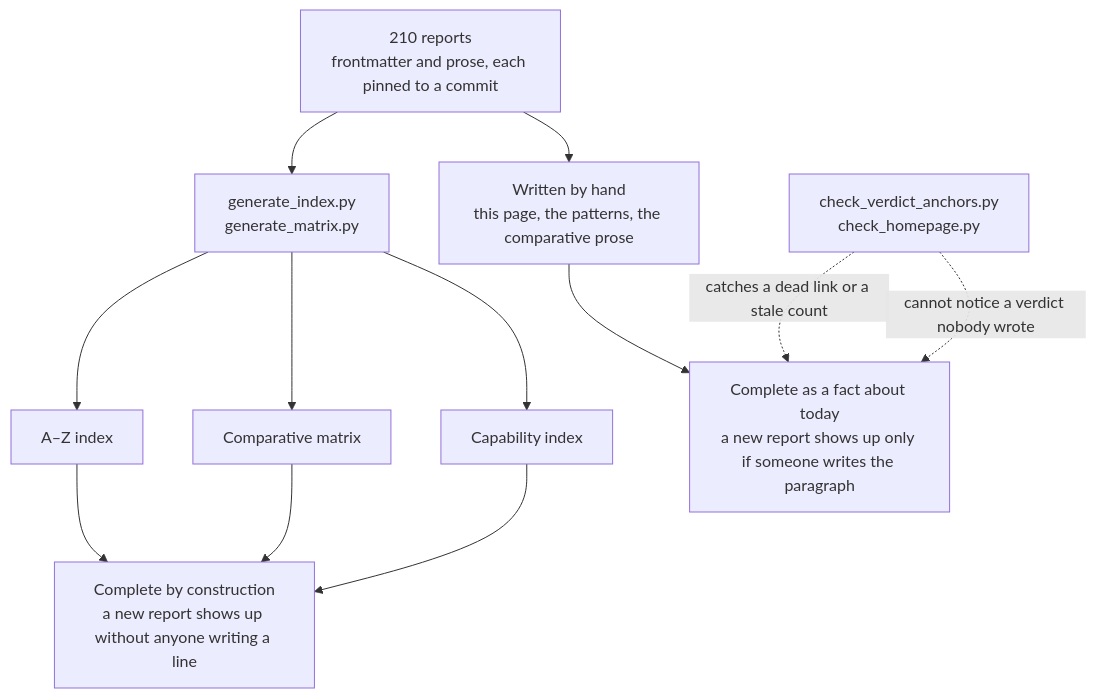
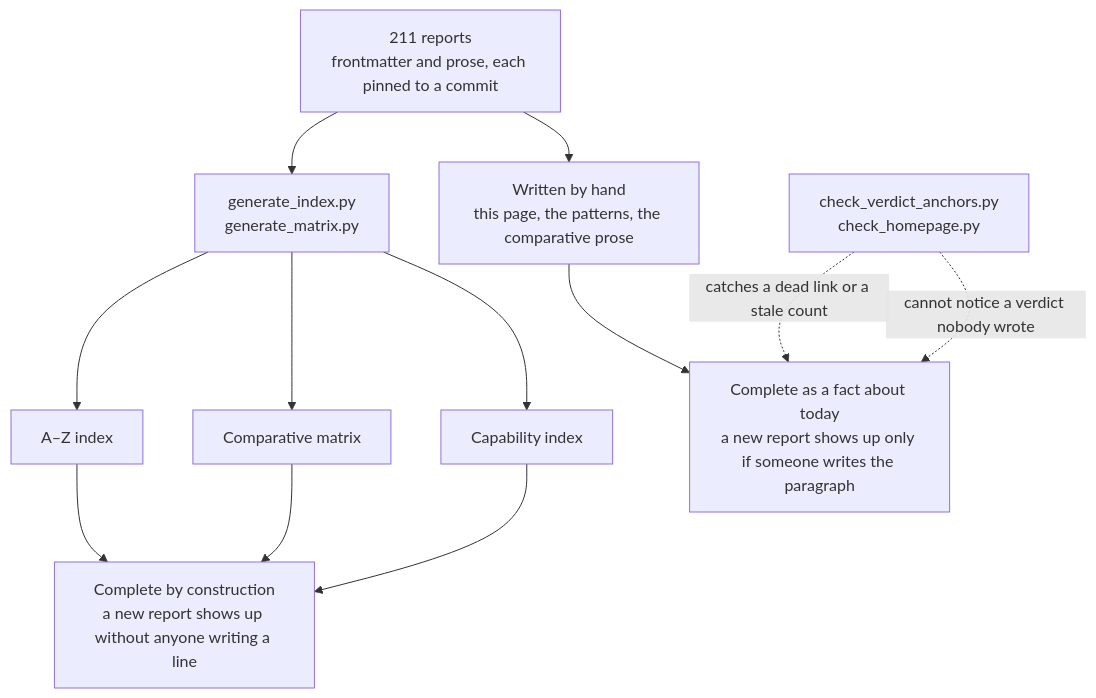
Before and after one commit to neoneye/agent-memory-atlas: the diagram in content/verdicts.md, drawn with Mermaid. The commit also changed other lines of this file and 229 other files, not shown here.

````diff
--- a/content/verdicts.md
+++ b/content/verdicts.md
@@ -40,15 +40,15 @@
 ```mermaid
 flowchart TD
-    R["210 reports<br/>frontmatter and prose, each pinned to a commit"]
+    R["211 reports<br/>frontmatter and prose, each pinned to a commit"]
     R --> GEN["generate_index.py<br/>generate_matrix.py"]
     R --> HAND["Written by hand<br/>this page, the patterns, the comparative prose"]
     GEN --> AZ["A–Z index"]
     GEN --> MX["Comparative matrix"]
     GEN --> CI["Capability index"]
     AZ --> CONST["Complete by construction<br/>a new report shows up without anyone writing a line"]
     MX --> CONST
     CI --> CONST
     HAND --> TODAY["Complete as a fact about today<br/>a new report shows up only if someone writes the paragraph"]
     CHK["check_verdict_anchors.py<br/>check_homepage.py"] -.->|"catches a dead link or a stale count"| TODAY
     CHK -.->|"cannot notice a verdict nobody wrote"| TODAY
 ```
````
